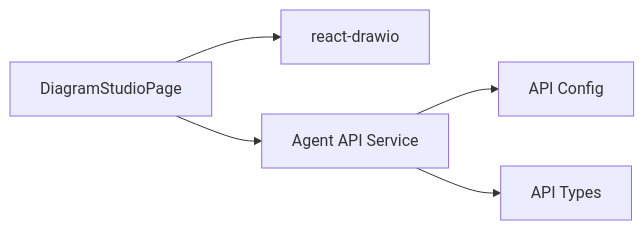
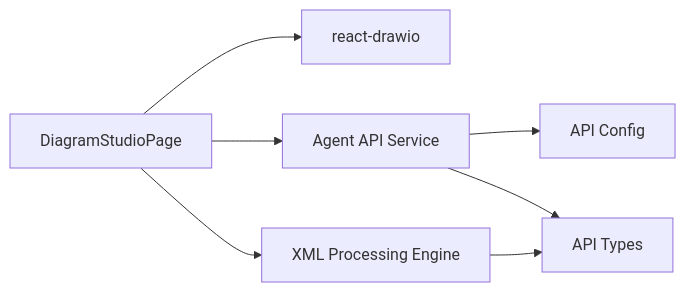
Diagram 14 of 14 in .qoder/repowiki/en/content/Diagram Editor.md (shrekboss/agent-draw-io-front), drawn with Mermaid before and after one commit. The commit also changed other lines of this file and 13 other files, not shown here.

Commit message:
feat(agent-draw-io-front): 优化交互式画图

````diff
--- a/.qoder/repowiki/en/content/Diagram Editor.md
+++ b/.qoder/repowiki/en/content/Diagram Editor.md
@@ -426,7 +633,9 @@
 ```mermaid
 graph LR
 Page["DiagramStudioPage"] --> DrawIo["react-drawio"]
 Page --> AgentAPI["Agent API Service"]
+Page --> XMLProcessor["XML Processing Engine"]
 AgentAPI --> Config["API Config"]
 AgentAPI --> Types["API Types"]
+XMLProcessor --> Types
 ```
````
